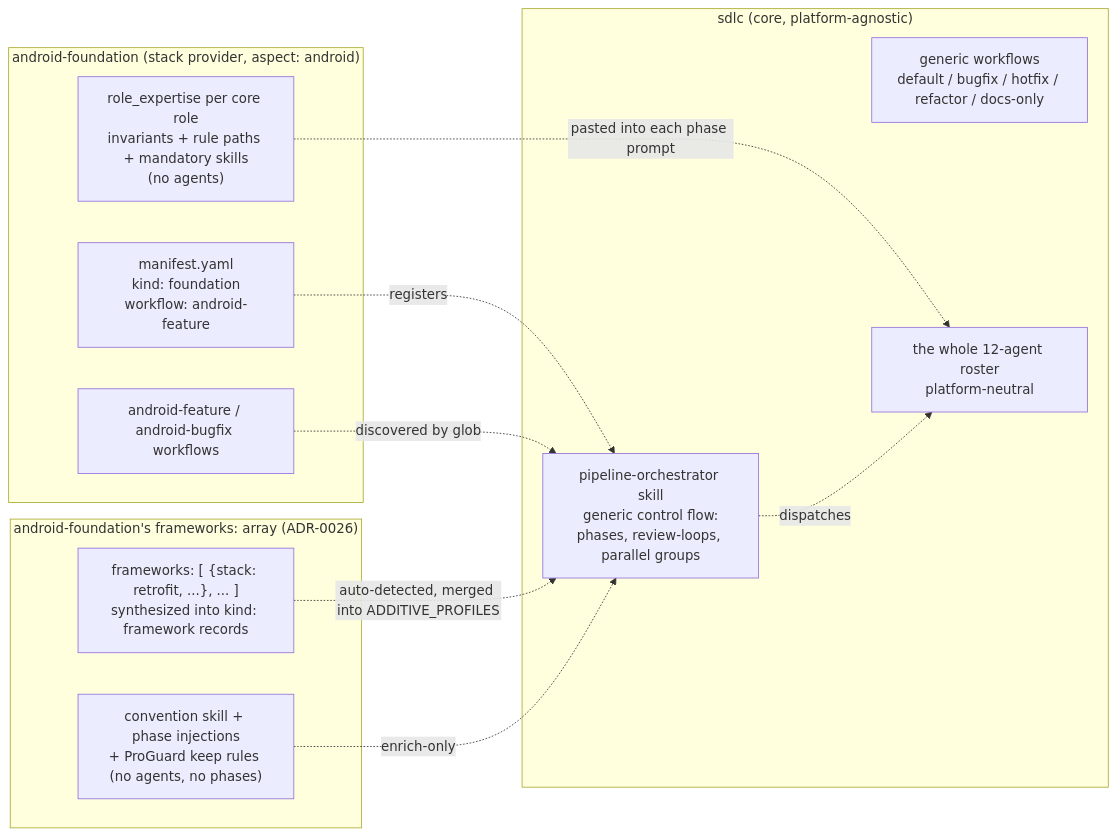
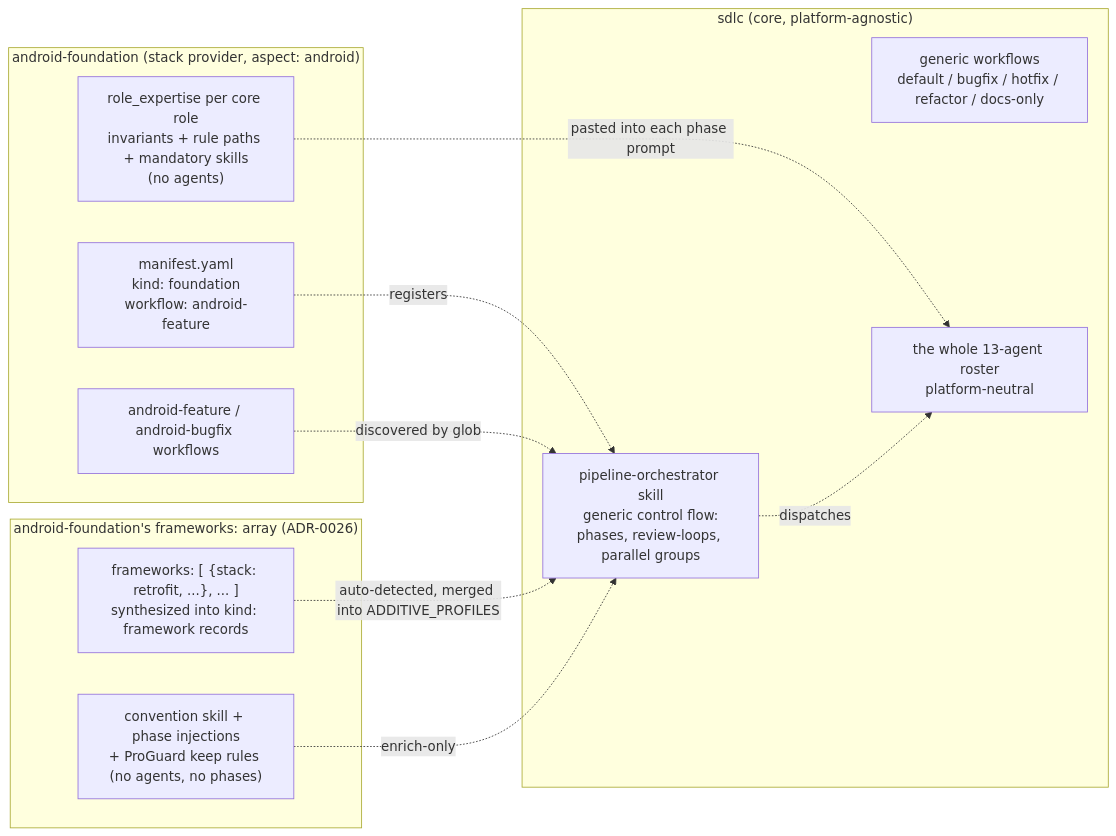
Before and after one commit to Nuclominus/agentic-sdlc-pluguin: the second of 3 diagrams in docs/WORKFLOW.md, drawn with Mermaid. The commit also changed other lines of this file and 26 other files, not shown here.

````diff
--- a/docs/WORKFLOW.md
+++ b/docs/WORKFLOW.md
@@ -28,23 +28,23 @@
 ```mermaid
 flowchart LR
     subgraph CORE["sdlc (core, platform-agnostic)"]
       ORC["pipeline-orchestrator skill<br/>generic control flow:<br/>phases, review-loops, parallel groups"]
       WF["generic workflows<br/>default / bugfix / hotfix / refactor / docs-only"]
-      FB["the whole 12-agent roster<br/>platform-neutral"]
+      FB["the whole 13-agent roster<br/>platform-neutral"]
     end
     subgraph AND["android-foundation (stack provider, aspect: android)"]
       AST["manifest.yaml<br/>kind: foundation<br/>workflow: android-feature"]
       AAG["role_expertise per core role<br/>invariants + rule paths + mandatory skills<br/>(no agents)"]
       AWF["android-feature / android-bugfix workflows"]
     end
     subgraph RET["android-foundation's frameworks: array (ADR-0026)"]
       RFM["frameworks: [ {stack: retrofit, ...}, ... ]<br/>synthesized into kind: framework records"]
       RSK["convention skill + phase injections<br/>+ ProGuard keep rules (no agents, no phases)"]
     end
     AST -. registers .-> ORC
     AWF -. discovered by glob .-> ORC
     AAG -. pasted into each phase prompt .-> FB
     ORC -. dispatches .-> FB
     RFM -. auto-detected, merged into ADDITIVE_PROFILES .-> ORC
     RSK -. enrich-only .-> ORC
 ```
````
